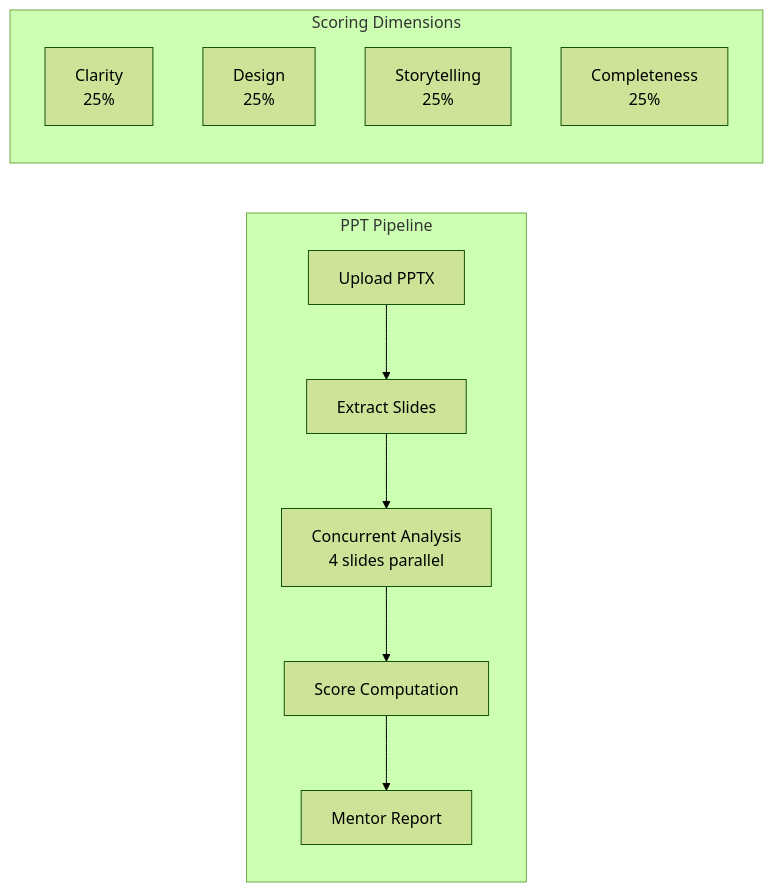
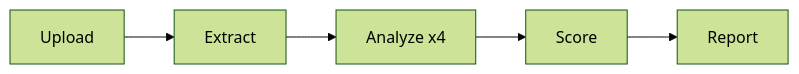
Diagram 12 of 16 in README.md (NischayJoshi/EvalX), drawn with Mermaid (forest theme) before and after one commit. The commit also changed other lines of this file, not shown here.

Commit message:
fix: Simplify all broken Mermaid diagrams - Remove User Journey (not rendering well) - Simplify WebSocket, Docker, Error Recovery diagrams - Replace Health Monitoring with table - Simplify PPT, GitHub, Interview module diagrams - Fix Domain Evaluators and Analytics with tables

````diff
--- a/README.md
+++ b/README.md
@@ -642,16 +568,4 @@
 ```mermaid
 graph LR
-    subgraph "PPT Pipeline"
-        A[Upload PPTX] --> B[Extract Slides]
-        B --> C[Concurrent Analysis<br/>4 slides parallel]
-        C --> D[Score Computation]
-        D --> E[Mentor Report]
-    end
-    
-    subgraph "Scoring Dimensions"
-        S1[Clarity<br/>25%]
-        S2[Design<br/>25%]
-        S3[Storytelling<br/>25%]
-        S4[Completeness<br/>25%]
-    end
+    A[Upload] --> B[Extract] --> C[Analyze x4] --> D[Score] --> E[Report]
 ```
````
